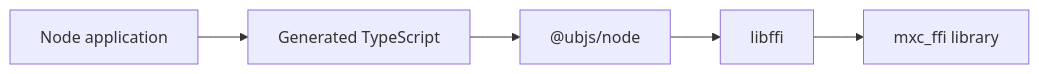
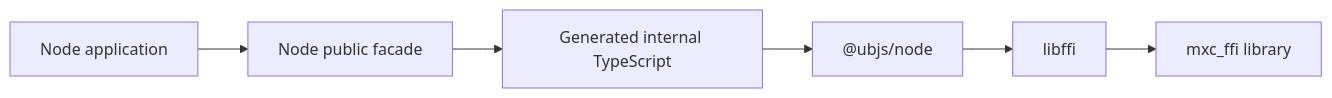
Before and after one commit to microsoft/mxc: the first of 3 diagrams in docs/designs/SDK/node-dotnet-sdk-generation.md, drawn with Mermaid. The commit also changed other lines of this file and 2 other files, not shown here.

First line of the commit message:
Clarify generated SDK surfaces

````diff
--- a/docs/designs/SDK/node-dotnet-sdk-generation.md
+++ b/docs/designs/SDK/node-dotnet-sdk-generation.md
@@ -10,7 +25,8 @@
 ```mermaid
 flowchart LR
-    A[Node application] --> T[Generated TypeScript]
+    A[Node application] --> P[Node public facade]
+    P --> T[Generated internal TypeScript]
     T --> R["@ubjs/node"]
     R --> F[libffi]
     F --> L[mxc_ffi library]
 ```
````
